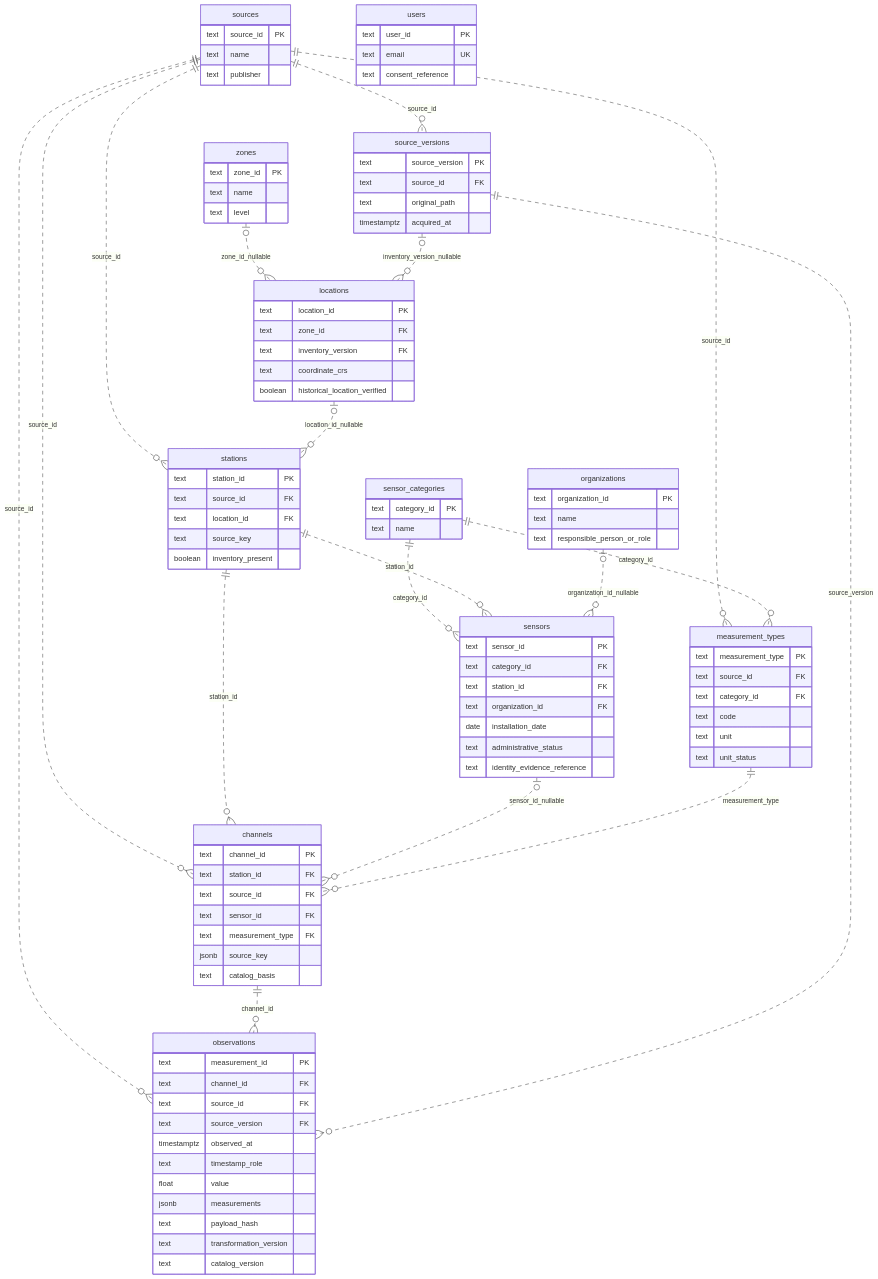
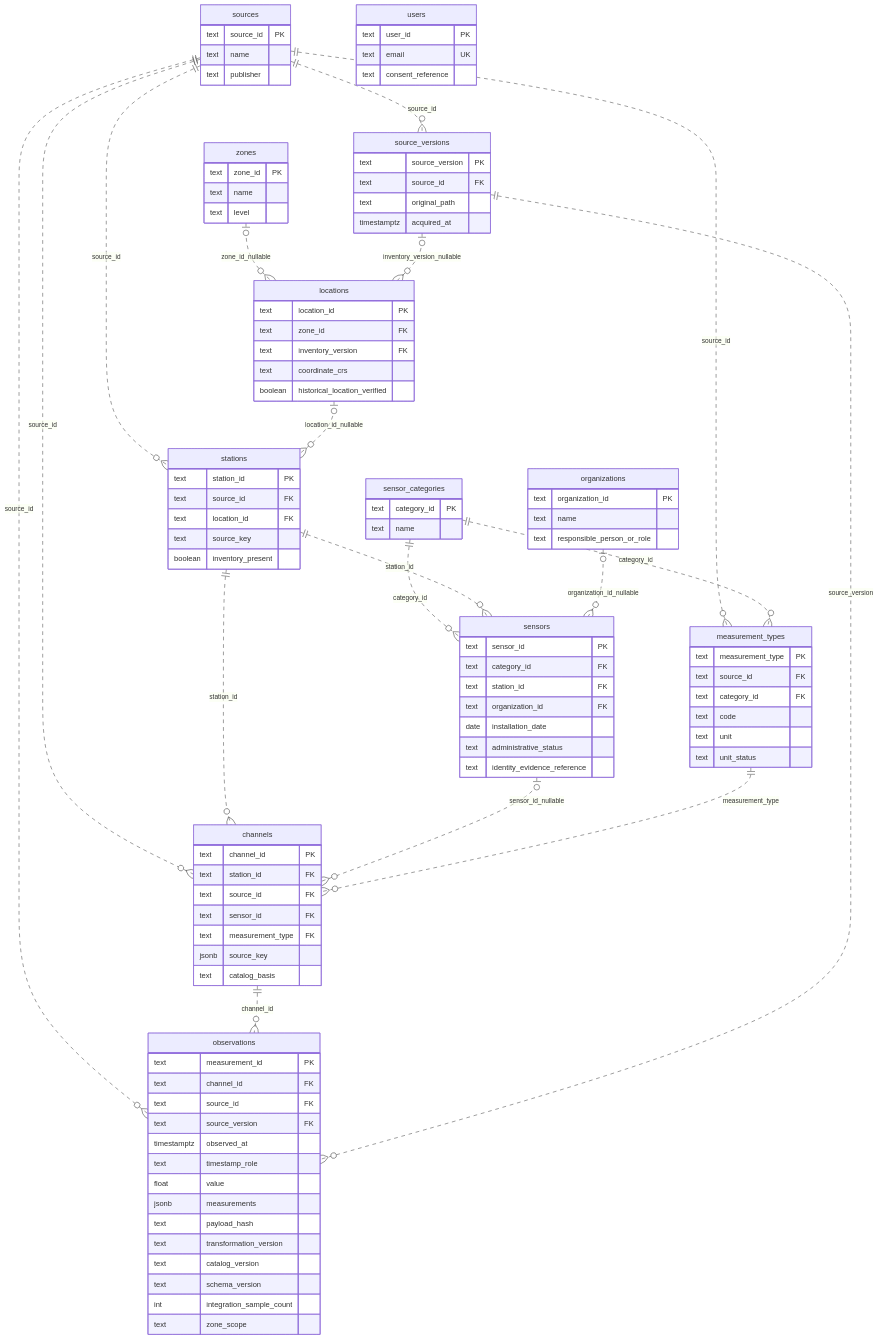
Before and after one commit to Alpizar28/SmartCity: the third of 5 diagrams in docs/arquitectura/diagramas.md, drawn with Mermaid. The commit also changed other lines of this file and 21 other files, not shown here.

````diff
--- a/docs/arquitectura/diagramas.md
+++ b/docs/arquitectura/diagramas.md
@@ -150,5 +156,8 @@
     text payload_hash
     text transformation_version
     text catalog_version
+    text schema_version
+    int integration_sample_count
+    text zone_scope
   }
 ```
````
